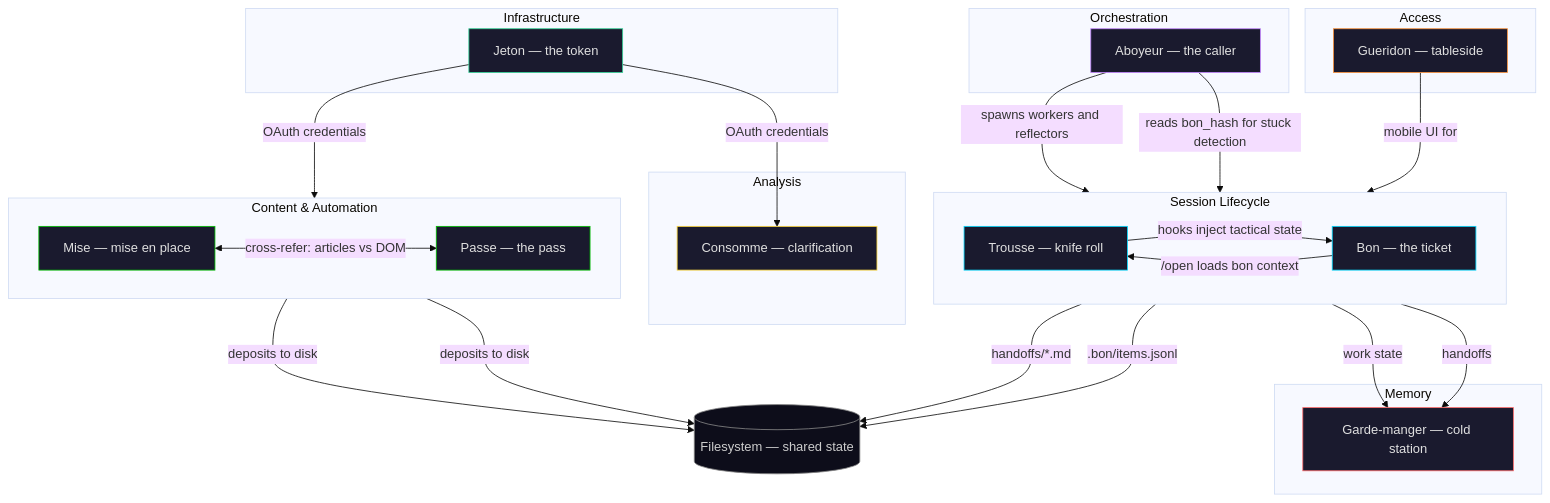
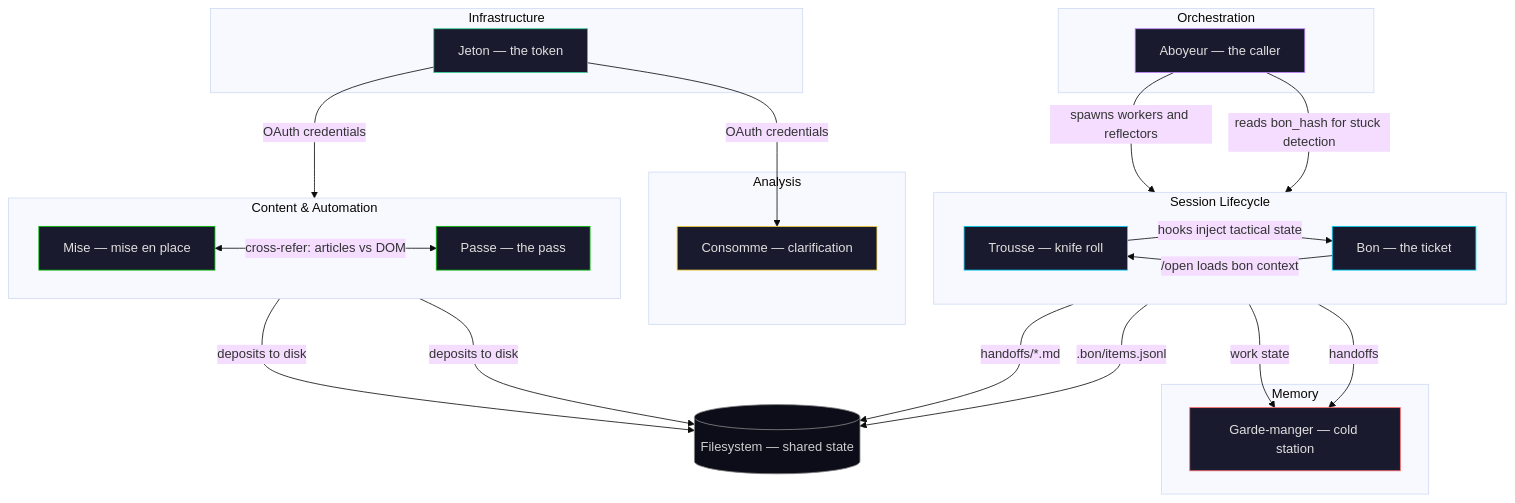
The diagram in docs/assets/brigade.mmd (spm1001/batterie-de-savoir), drawn with Mermaid (base theme) before and after one commit. The commit also changed 13 other files, not shown here.

```diff
--- a/docs/assets/brigade.mmd
+++ b/docs/assets/brigade.mmd
@@ -1,65 +1,58 @@
 flowchart TB
     subgraph session["Session Lifecycle"]
         direction LR
         trousse["Trousse — knife roll"]
         bon["Bon — the ticket"]
         trousse -->|"hooks inject tactical state"| bon
         bon -->|"/open loads bon context"| trousse
     end
 
     subgraph auth["Infrastructure"]
         jeton["Jeton — the token"]
     end
 
     subgraph content["Content & Automation"]
         direction LR
         mise["Mise — mise en place"]
         passe["Passe — the pass"]
         mise <-->|"cross-refer: articles vs DOM"| passe
     end
 
     subgraph memory["Memory"]
         garde["Garde-manger — cold station"]
     end
 
     subgraph analysis["Analysis"]
         consomme["Consomme — clarification"]
     end
 
     subgraph orchestration["Orchestration"]
         aboyeur["Aboyeur — the caller"]
     end
 
-    subgraph access["Access"]
-        gueridon["Gueridon — tableside"]
-    end
-
     trousse -->|"handoffs"| garde
     bon -->|"work state"| garde
     aboyeur -->|"spawns workers and reflectors"| session
     aboyeur -->|"reads bon_hash for stuck detection"| bon
-    gueridon -->|"mobile UI for"| trousse
     jeton -->|"OAuth credentials"| mise
     jeton -->|"OAuth credentials"| consomme
     mise -->|"deposits to disk"| fs[("Filesystem — shared state")]
     passe -->|"deposits to disk"| fs
     bon -->|".bon/items.jsonl"| fs
     trousse -->|"handoffs/*.md"| fs
 
     classDef sessionNode fill:#1a1a2e,stroke:#00d9ff,color:#e0e0e0
     classDef contentNode fill:#1a1a2e,stroke:#00c000,color:#e0e0e0
     classDef memoryNode fill:#1a1a2e,stroke:#ff6b6b,color:#e0e0e0
     classDef analysisNode fill:#1a1a2e,stroke:#ffd93d,color:#e0e0e0
     classDef orchNode fill:#1a1a2e,stroke:#c084fc,color:#e0e0e0
-    classDef accessNode fill:#1a1a2e,stroke:#fb923c,color:#e0e0e0
     classDef authNode fill:#1a1a2e,stroke:#34d399,color:#e0e0e0
     classDef fsNode fill:#0d0d1a,stroke:#888,color:#ccc
 
     class trousse,bon sessionNode
     class mise,passe contentNode
     class garde memoryNode
     class consomme analysisNode
     class aboyeur orchNode
-    class gueridon accessNode
     class jeton authNode
     class fs fsNode
```
